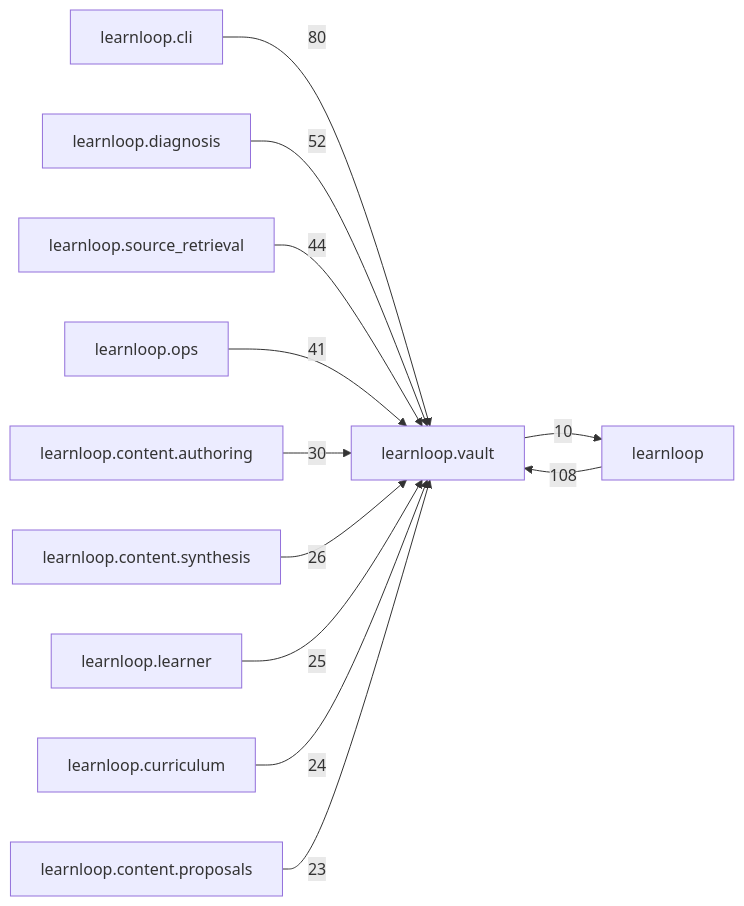
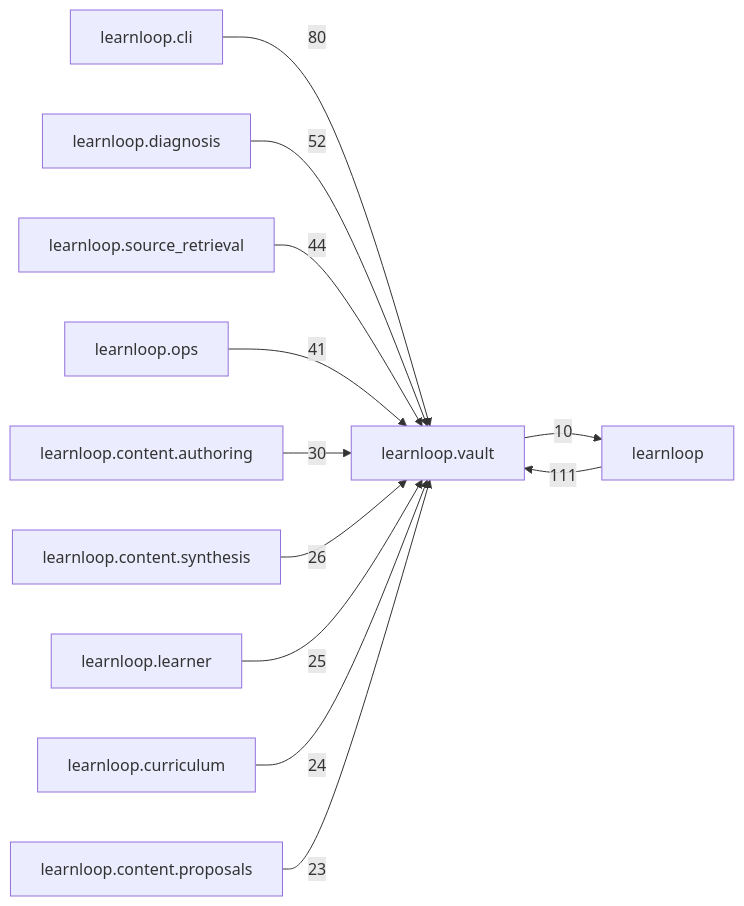
One commit to 6up-b/learnanything changed the diagram in docs/learnloop-architecture-vault/Reference/Modules/learnloop/vault/_package.md. Above: the diagram before and after it, drawn with Mermaid. The commit also changed other lines of this file and 550 other files, not shown here.

````diff
--- a/docs/learnloop-architecture-vault/Reference/Modules/learnloop/vault/_package.md
+++ b/docs/learnloop-architecture-vault/Reference/Modules/learnloop/vault/_package.md
@@ -139,25 +139,25 @@
 ```mermaid
 flowchart LR
     center["learnloop.vault"]
     n_learnloop["learnloop"]
     n_learnloop_cli["learnloop.cli"]
     n_learnloop_diagnosis["learnloop.diagnosis"]
     n_learnloop_source_retrieval["learnloop.source_retrieval"]
     n_learnloop_ops["learnloop.ops"]
     n_learnloop_content_authoring["learnloop.content.authoring"]
     n_learnloop_content_synthesis["learnloop.content.synthesis"]
     n_learnloop_learner["learnloop.learner"]
     n_learnloop_curriculum["learnloop.curriculum"]
     n_learnloop_content_proposals["learnloop.content.proposals"]
-    n_learnloop -->|108| center
+    n_learnloop -->|111| center
     center -->|10| n_learnloop
     n_learnloop_cli -->|80| center
     n_learnloop_diagnosis -->|52| center
     n_learnloop_source_retrieval -->|44| center
     n_learnloop_ops -->|41| center
     n_learnloop_content_authoring -->|30| center
     n_learnloop_content_synthesis -->|26| center
     n_learnloop_learner -->|25| center
     n_learnloop_curriculum -->|24| center
     n_learnloop_content_proposals -->|23| center
 ```
````
